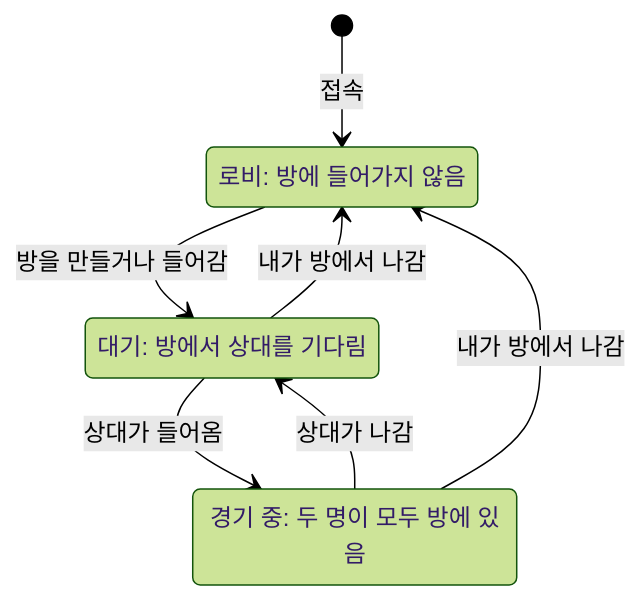
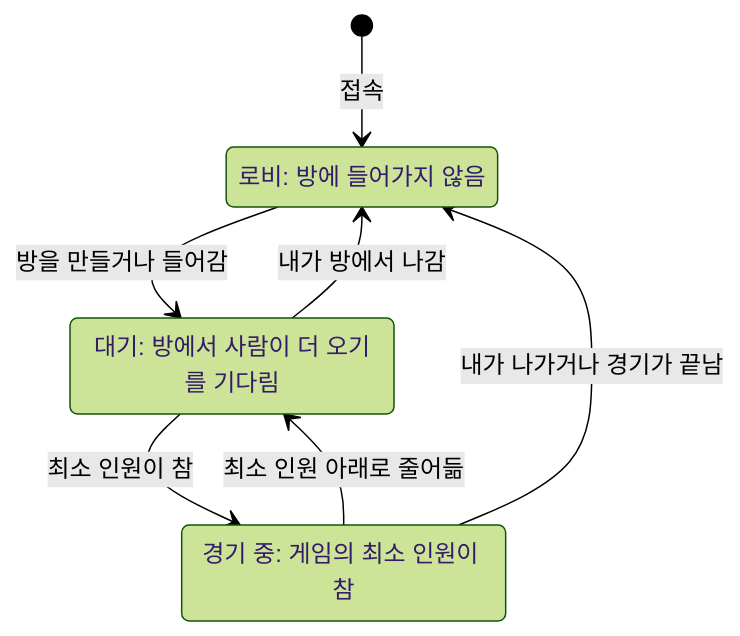
The third of 4 diagrams in docs/overview.md (JustForLabor/Relay-Server-Practice), drawn with Mermaid (forest theme) before and after one commit. The commit also changed other lines of this file and 4 other files, not shown here.

````diff
--- a/docs/overview.md
+++ b/docs/overview.md
@@ -143,13 +176,13 @@
 ```mermaid
 stateDiagram-v2
     direction TB
     state "로비: 방에 들어가지 않음" as lobby
-    state "대기: 방에서 상대를 기다림" as waiting
-    state "경기 중: 두 명이 모두 방에 있음" as playing
+    state "대기: 방에서 사람이 더 오기를 기다림" as waiting
+    state "경기 중: 게임의 최소 인원이 참" as playing
     [*] --> lobby: 접속
     lobby --> waiting: 방을 만들거나 들어감
-    waiting --> playing: 상대가 들어옴
-    playing --> waiting: 상대가 나감
+    waiting --> playing: 최소 인원이 참
+    playing --> waiting: 최소 인원 아래로 줄어듦
     waiting --> lobby: 내가 방에서 나감
-    playing --> lobby: 내가 방에서 나감
+    playing --> lobby: 내가 나가거나 경기가 끝남
 ```
````
